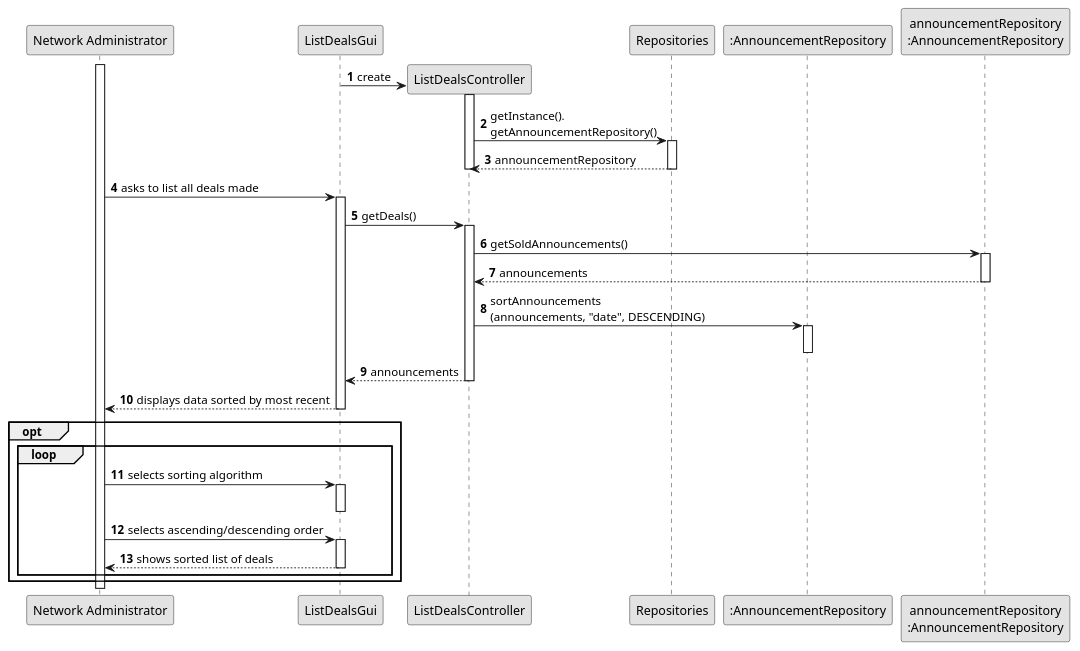
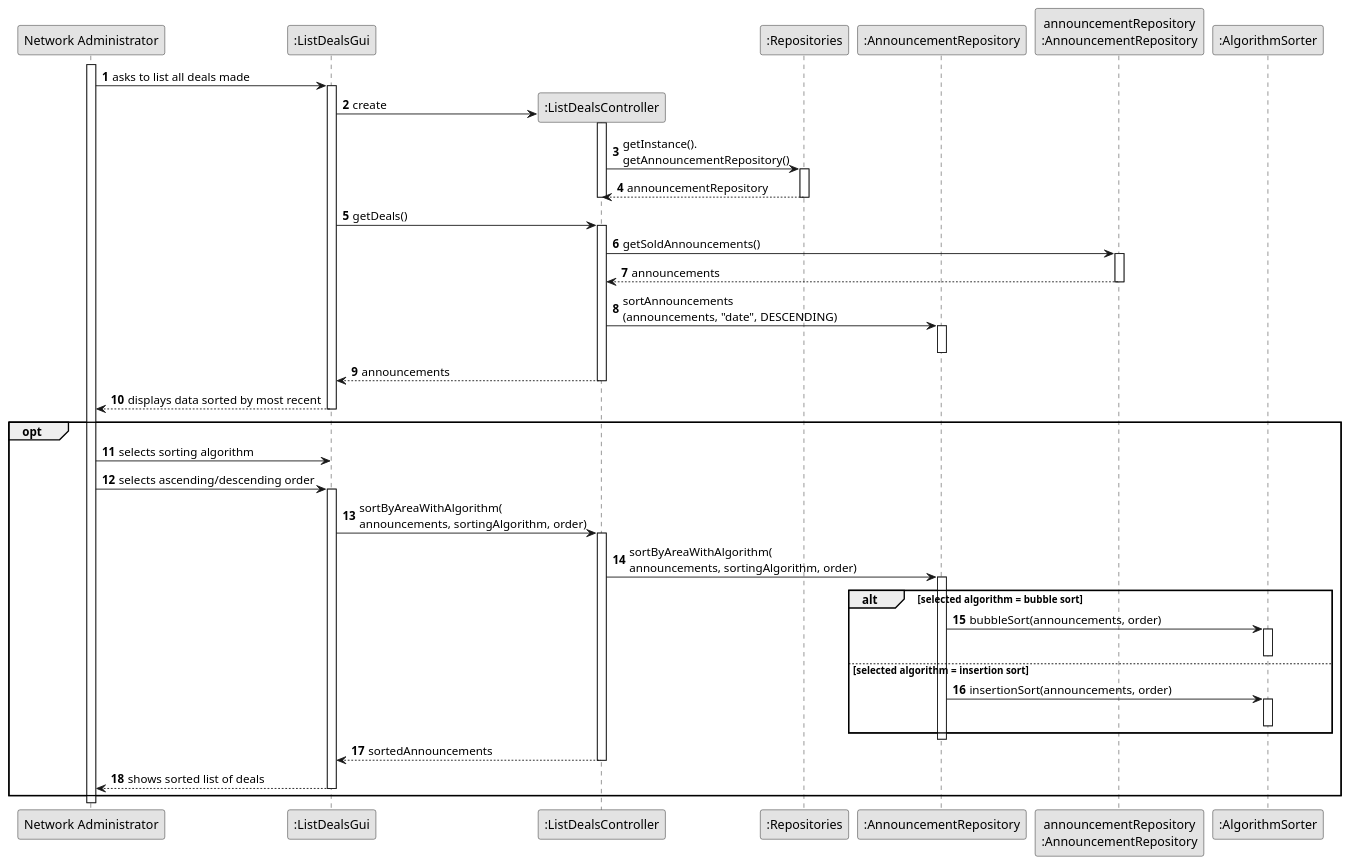
Before and after one commit to tiagohcorreia/LAPR2: the diagram in docs/sprintD/US017/03.design/puml/us017-sequence-diagram.puml, drawn with PlantUML. The commit also changed 17 other files, not shown here.

```diff
--- a/docs/sprintD/US017/03.design/puml/us017-sequence-diagram.puml
+++ b/docs/sprintD/US017/03.design/puml/us017-sequence-diagram.puml
@@ -6,22 +6,24 @@
 autonumber
 
 participant "Network Administrator" as admin
-participant ListDealsGui as gui
-participant ListDealsController as ctrl
-participant Repositories
+participant ":ListDealsGui" as gui
+participant ":ListDealsController" as ctrl
+participant ":Repositories" as Repos
 participant ":AnnouncementRepository" as ARepo
 participant "announcementRepository\n:AnnouncementRepository" as aRepo
+participant ":AlgorithmSorter" as sorter
 
 activate admin
-    gui -> ctrl**: create
-    activate ctrl
-    ctrl -> Repositories: getInstance().\ngetAnnouncementRepository()
-    activate Repositories
-    return announcementRepository
-    deactivate ctrl
 
     admin -> gui : asks to list all deals made
     activate gui
+    gui -> ctrl**: create
+        activate ctrl
+        ctrl -> Repos: getInstance().\ngetAnnouncementRepository()
+        activate Repos
+        return announcementRepository
+        deactivate ctrl
+
     gui -> ctrl: getDeals()
     activate ctrl
 
@@ -37,21 +39,34 @@
         gui --> admin : displays data sorted by most recent
     deactivate gui
 opt
-loop
     admin -> gui : selects sorting algorithm
-    activate gui
+'    activate gui
 
      '   gui --> Employee : shows task category list and asks to select one
-    deactivate gui
+'    deactivate gui
 
     admin -> gui : selects ascending/descending order
     activate gui
-
+    gui -> ctrl: sortByAreaWithAlgorithm(\nannouncements, sortingAlgorithm, order)
+    activate ctrl
+    ctrl -> ARepo: sortByAreaWithAlgorithm(\nannouncements, sortingAlgorithm, order)
+    activate ARepo
+        alt selected algorithm = bubble sort
+        ARepo -> sorter: bubbleSort(announcements, order)
+        activate sorter
+        deactivate sorter
+        else selected algorithm = insertion sort
+        ARepo -> sorter: insertionSort(announcements, order)
+        activate sorter
+        deactivate sorter
+        end
+    deactivate ARepo
+    return sortedAnnouncements
         gui --> admin : shows sorted list of deals
     deactivate gui
 
 end
-end
+
 
 
 '
```
